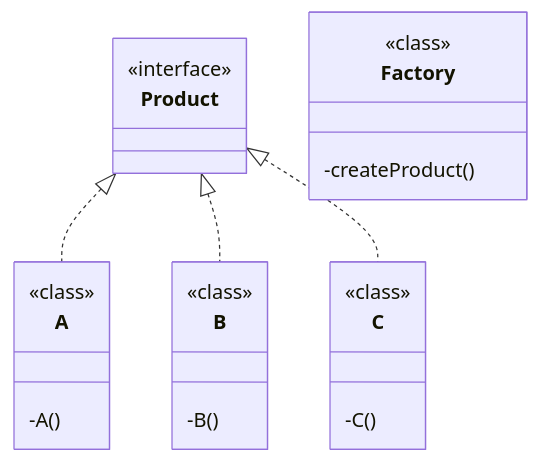
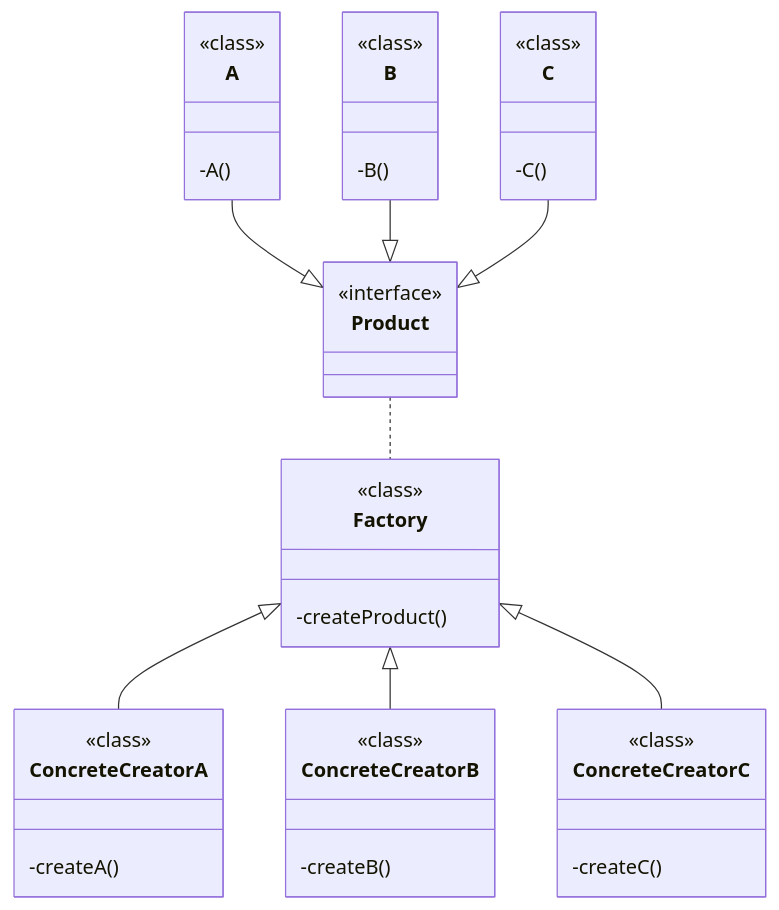
Before and after one commit to angelromarco04/MyNotes: the diagram in Programming/Patterns/data/FactoryMethod.md, drawn with Mermaid.

Commit message:
vault backup: 2024-03-16 13:09:31

````diff
--- a/Programming/Patterns/data/FactoryMethod.md
+++ b/Programming/Patterns/data/FactoryMethod.md
@@ -27,30 +27,51 @@
 ```mermaid
 classDiagram
-Product <|.. A
-Product <|.. B
-Product <|.. C
+direction TB
+A --|> Product
+B --|> Product
+C --|> Product
+Product .. Factory
+Factory <|-- ConcreteCreatorA
+Factory <|-- ConcreteCreatorB
+Factory <|-- ConcreteCreatorC
 
 class Product {
 	<<interface>>
 }
 
 class A {
 	<<class>>
 	-A()
 }
 
 class B {
 	<<class>>
 	-B()
 }
 
 class C {
 	<<class>>
 	-C()
 }
 
 class Factory {
 	<<class>>
 	-createProduct()
 }
+
+class ConcreteCreatorA {
+	<<class>>
+	-createA()
+}
+
+class ConcreteCreatorB {
+	<<class>>
+	-createB()
+}
+
+class ConcreteCreatorC {
+	<<class>>
+	-createC()
+}
+
 ```
````
